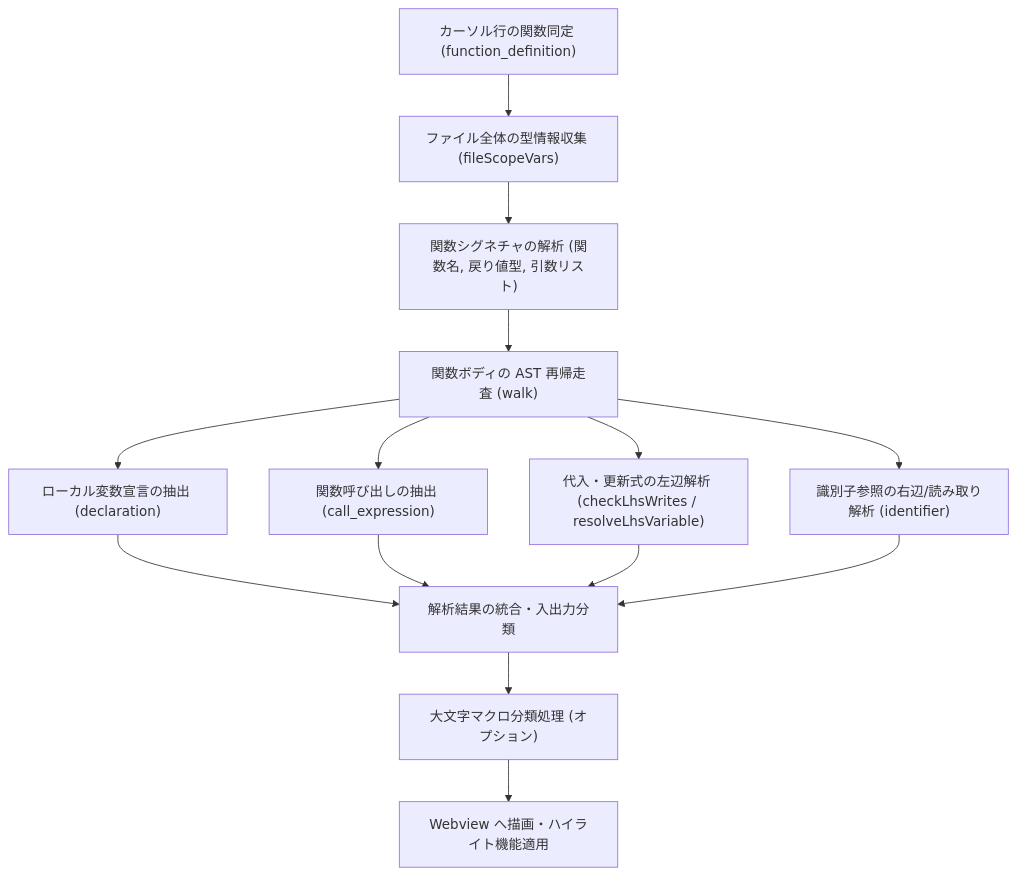
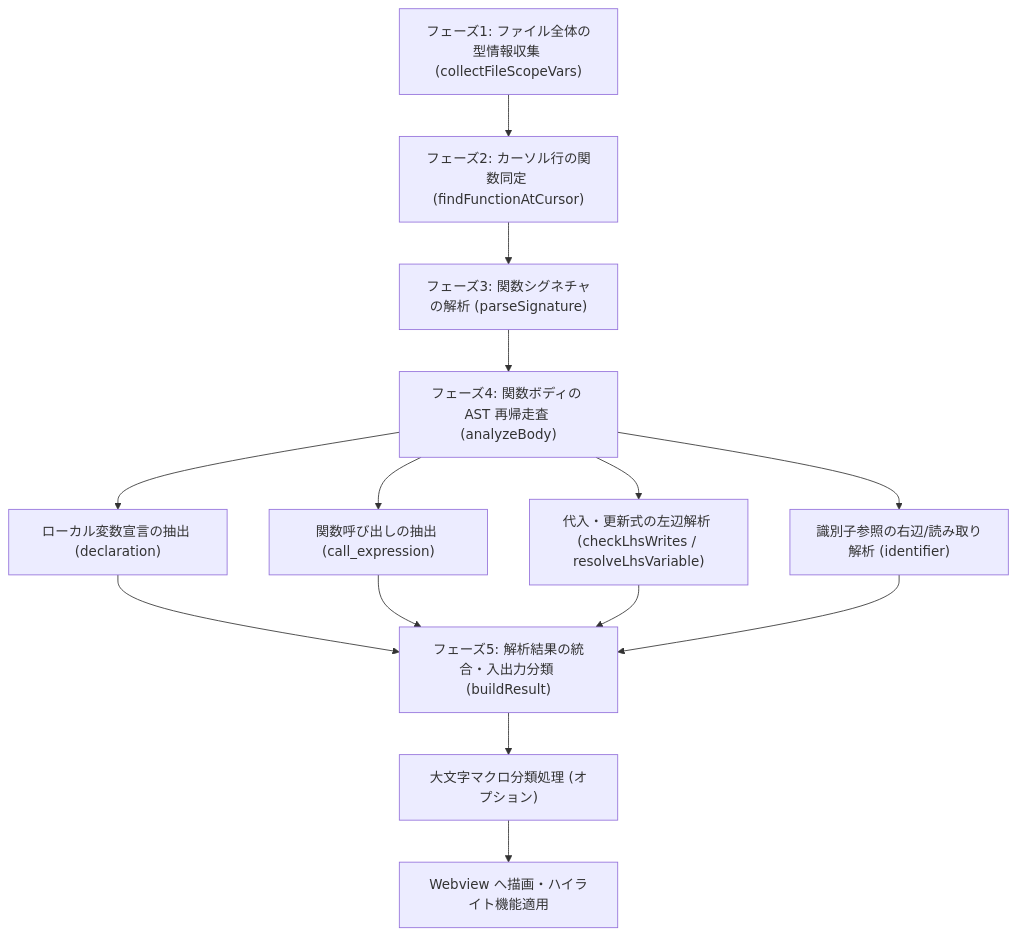
One commit to 7QgvhP/c-function-analyzer changed the first of 3 diagrams in docs/analysis_spec.md. Above: the diagram before and after it, drawn with Mermaid. The commit also changed other lines of this file and 2 other files, not shown here.

First line of the commit message:
リファクタリング: analyzeCFunction を解析フェーズ単位の関数に分割 (v2.0.0)

````diff
--- a/docs/analysis_spec.md
+++ b/docs/analysis_spec.md
@@ -24,13 +24,13 @@
 ```mermaid
 flowchart TD
-    A["カーソル行の関数同定 (function_definition)"] --> B["ファイル全体の型情報収集 (fileScopeVars)"]
-    B --> C["関数シグネチャの解析 (関数名, 戻り値型, 引数リスト)"]
-    C --> D["関数ボディの AST 再帰走査 (walk)"]
+    A["フェーズ1: ファイル全体の型情報収集 (collectFileScopeVars)"] --> B["フェーズ2: カーソル行の関数同定 (findFunctionAtCursor)"]
+    B --> C["フェーズ3: 関数シグネチャの解析 (parseSignature)"]
+    C --> D["フェーズ4: 関数ボディの AST 再帰走査 (analyzeBody)"]
     D --> E1["ローカル変数宣言の抽出 (declaration)"]
     D --> E2["関数呼び出しの抽出 (call_expression)"]
     D --> E3["代入・更新式の左辺解析 (checkLhsWrites / resolveLhsVariable)"]
     D --> E4["識別子参照の右辺/読み取り解析 (identifier)"]
-    E1 & E2 & E3 & E4 --> F["解析結果の統合・入出力分類"]
+    E1 & E2 & E3 & E4 --> F["フェーズ5: 解析結果の統合・入出力分類 (buildResult)"]
     F --> G["大文字マクロ分類処理 (オプション)"]
     G --> H["Webview へ描画・ハイライト機能適用"]
 ```
````
